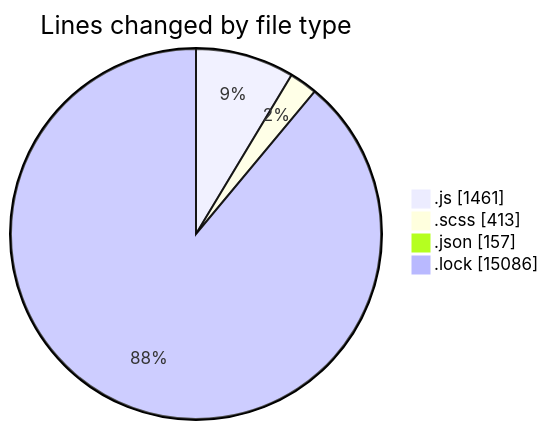
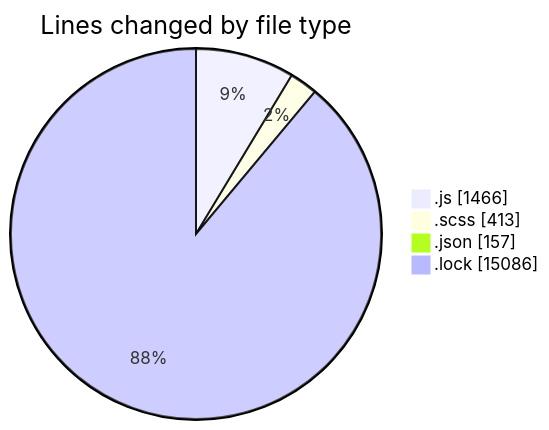
Before and after one commit to momahboobian/code-tracking: the first of 2 diagrams in 2026-01-05/cda/README.md, drawn with Mermaid. The commit also changed other lines of this file and 1 other file, not shown here.

````diff
--- a/2026-01-05/cda/README.md
+++ b/2026-01-05/cda/README.md
@@ -38,8 +38,8 @@
 ```mermaid
 pie showData
 title Lines changed by file type
-".js" : 1461
+".js" : 1466
 ".scss" : 413
 ".json" : 157
 ".lock" : 15086
 ```
````
